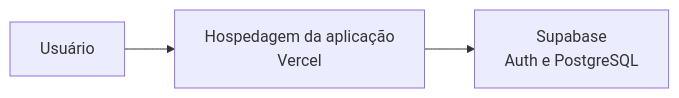
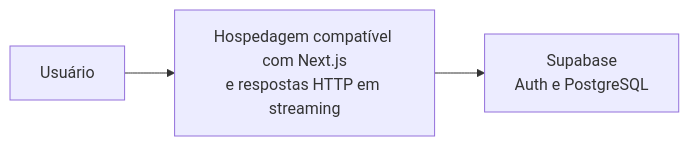
Before and after one commit to joaovictormelo1312/voz-do-cliente: the third of 3 diagrams in docs/arquitetura.md, drawn with Mermaid. The commit also changed other lines of this file and 19 other files, not shown here.

````diff
--- a/docs/arquitetura.md
+++ b/docs/arquitetura.md
@@ -199,8 +199,8 @@
 ```mermaid
 flowchart LR
     User[Usuário]
-    Hosting[Hospedagem da aplicação<br/>Vercel]
+    Hosting[Hospedagem compatível com Next.js<br/>e respostas HTTP em streaming]
     Supabase[Supabase<br/>Auth e PostgreSQL]
     User --> Hosting
     Hosting --> Supabase
 ```
````
